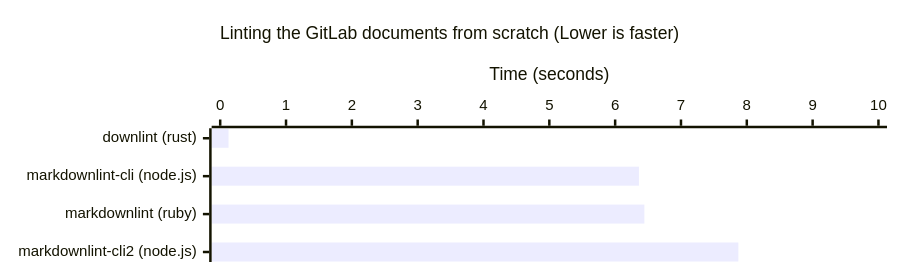
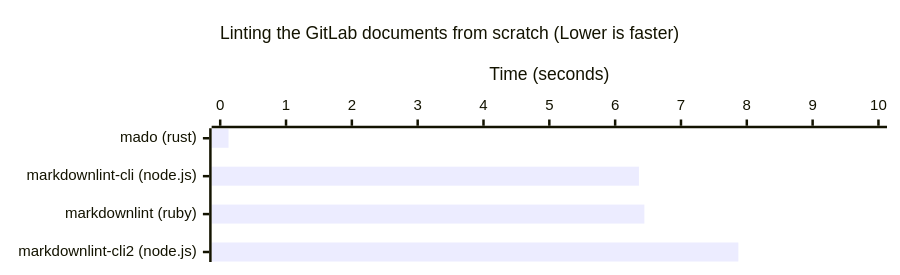
Before and after one commit to jasonxue1/mado: the diagram in README.md, drawn with Mermaid. The commit also changed other lines of this file and 9 other files, not shown here.

Commit message:
Rename downlint to mado

````diff
--- a/README.md
+++ b/README.md
@@ -18,20 +18,20 @@
 ```mermaid
 ---
 config:
     xyChart:
         height: 200
         titleFontSize: 14
         chartOrientation: horizontal
         xAxis:
             labelFontSize: 12
             titleFontSize: 14
         yAxis:
             labelFontSize: 12
             titleFontSize: 14
 ---
 xychart-beta
     title "Linting the GitLab documents from scratch (Lower is faster)"
-    x-axis ["downlint (rust)", "markdownlint-cli (node.js)", "markdownlint (ruby)", "markdownlint-cli2 (node.js)"]
+    x-axis ["mado (rust)", "markdownlint-cli (node.js)", "markdownlint (ruby)", "markdownlint-cli2 (node.js)"]
     y-axis "Time (seconds)" 0 --> 10
     bar [0.1266, 6.361, 6.444, 7.872]
 ```
````
